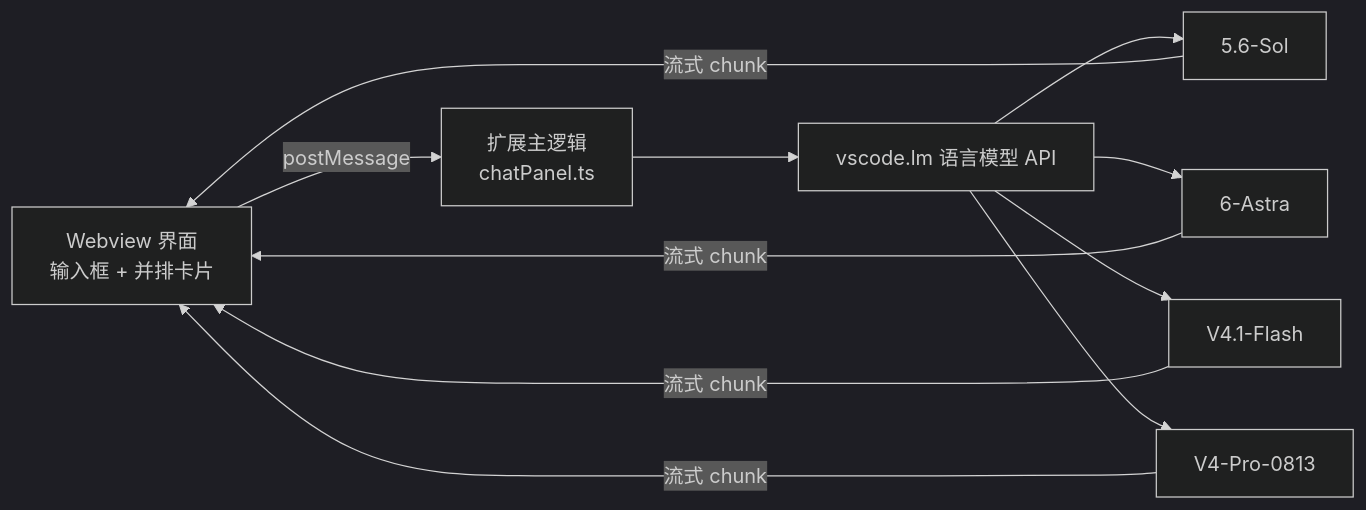
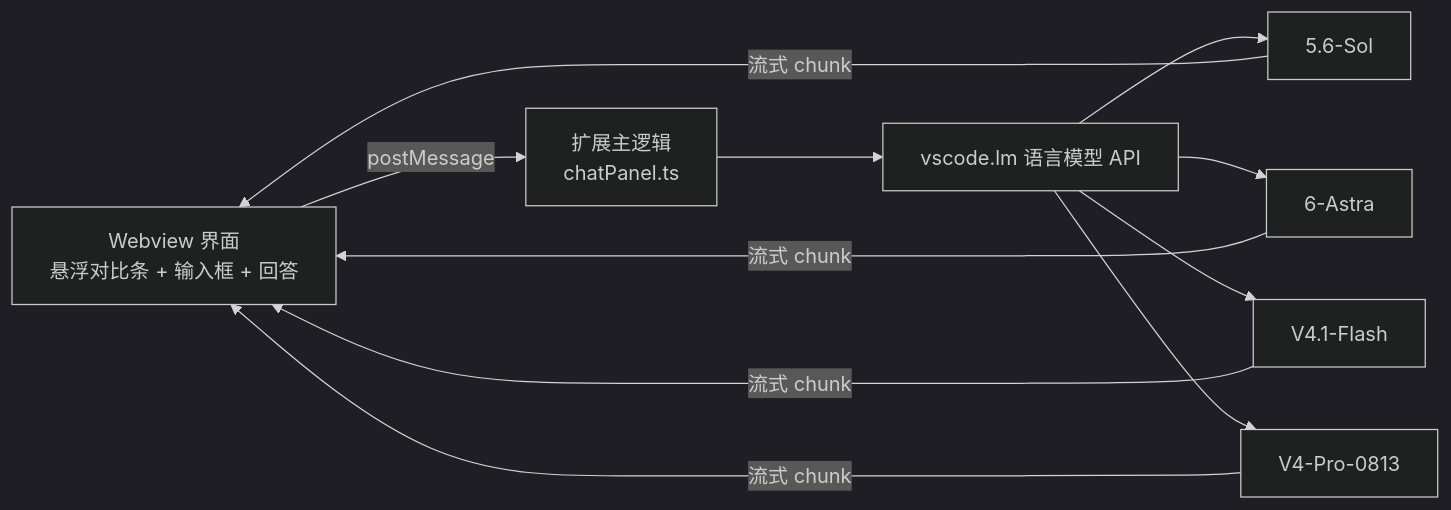
Before and after one commit to think2do/VsCode_ModleEvaluation: the first of 2 diagrams in README.md, drawn with Mermaid (dark theme). The commit also changed other lines of this file and 11 other files, not shown here.

````diff
--- a/README.md
+++ b/README.md
@@ -128,10 +175,10 @@
 ```mermaid
 flowchart LR
-    UI[Webview 界面<br/>输入框 + 并排卡片] -->|postMessage| EXT[扩展主逻辑<br/>chatPanel.ts]
+    UI[Webview 界面<br/>悬浮对比条 + 输入框 + 回答] -->|postMessage| EXT[扩展主逻辑<br/>chatPanel.ts]
     EXT --> LM[vscode.lm 语言模型 API]
     LM --> M1[5.6-Sol]
     LM --> M2[6-Astra]
     LM --> M3[V4.1-Flash]
     LM --> M4[V4-Pro-0813]
     M1 & M2 & M3 & M4 -->|流式 chunk| UI
 ```
````
